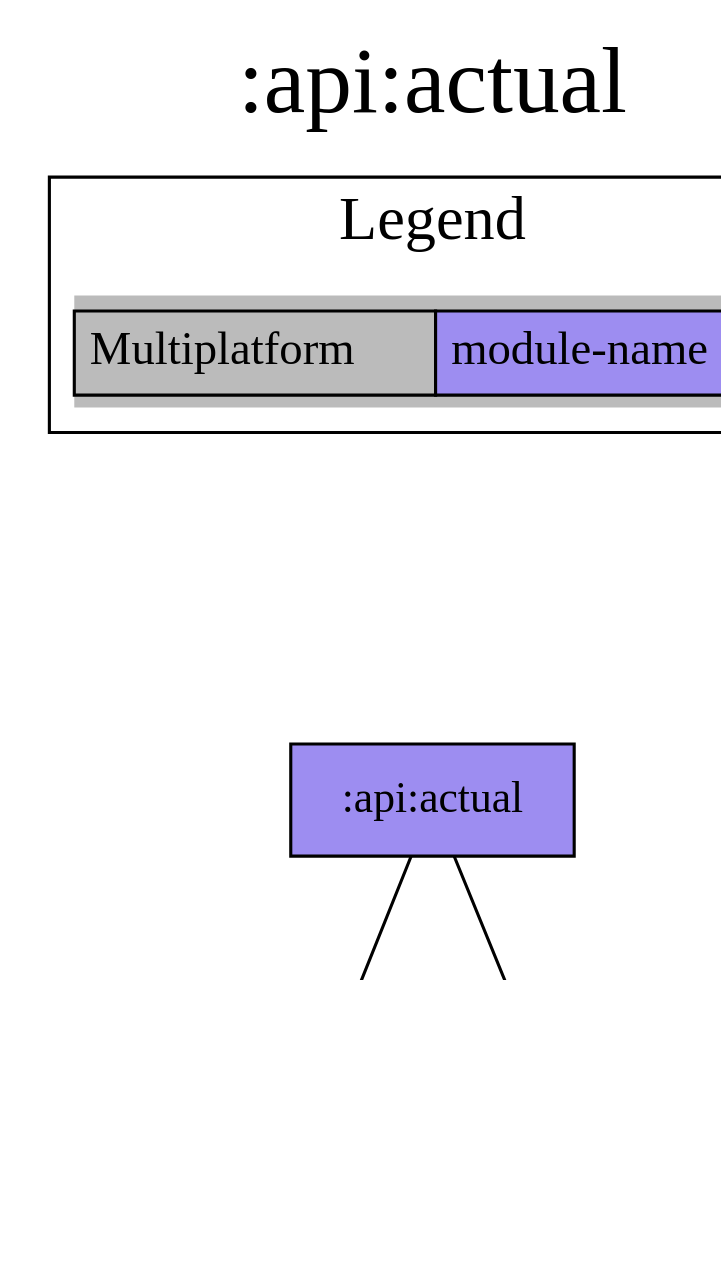
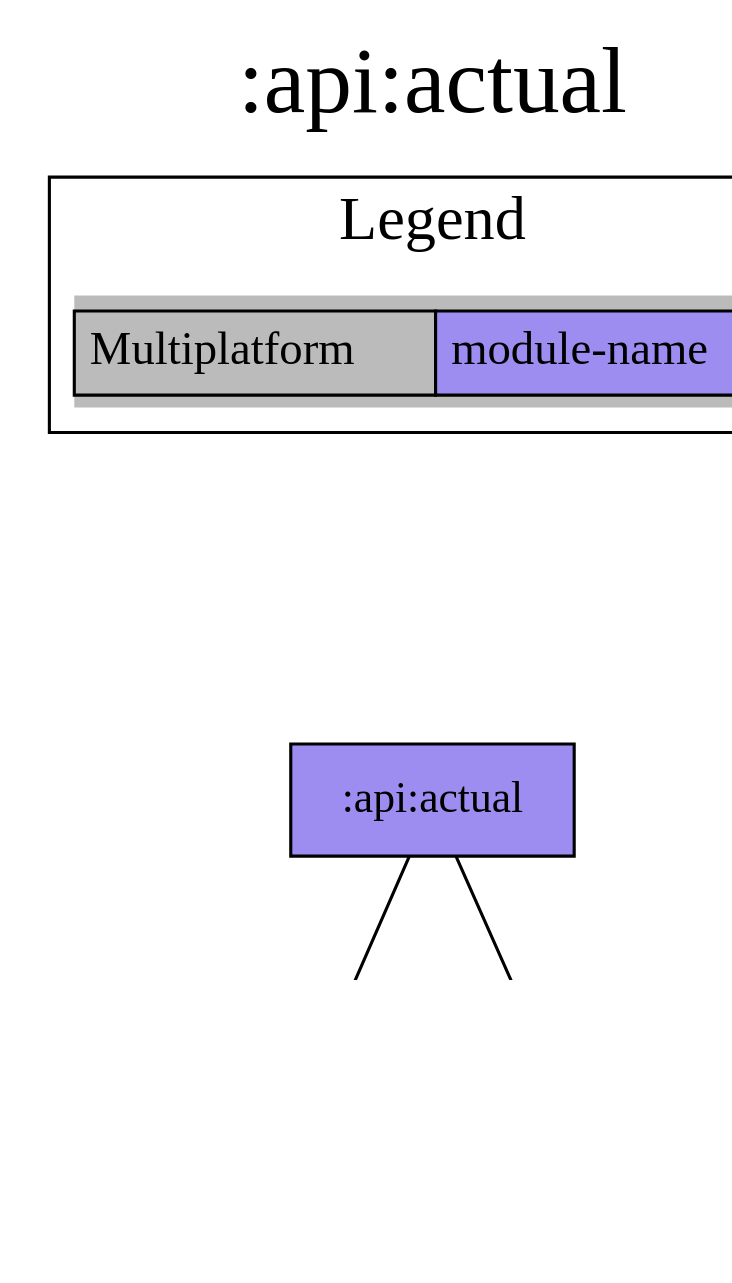
One commit to jonapoul/aktual changed the diagram in modules/api/actual/project-dependency-graph.dot. Above: the diagram before and after it, drawn with Graphviz. The commit also changed 115 other files, not shown here.

Commit message:
login:* -> account:login:*

```diff
--- a/modules/api/actual/project-dependency-graph.dot
+++ b/modules/api/actual/project-dependency-graph.dot
@@ -1,23 +1,23 @@
 digraph {
 edge ["dir"="forward"]
 graph ["dpi"="100","label"=":api:actual","labelloc"="t","fontsize"="30","ranksep"="1.5","rankdir"="TB"]
 node ["style"="filled"]
+":account:model" ["fillcolor"="#9D8DF1","shape"="box"]
 ":api:actual" ["fillcolor"="#9D8DF1","shape"="box"]
-":login:model" ["fillcolor"="#9D8DF1","shape"="box"]
 ":url:model" ["fillcolor"="#9D8DF1","shape"="box"]
 {
 edge ["dir"="none"]
 graph ["rank"="same"]
 }
-":api:actual" -> ":login:model"
+":api:actual" -> ":account:model"
 ":api:actual" -> ":url:model"
 subgraph "cluster_legend" {
 edge ["dir"="none"]
 graph ["label"="Legend","fontsize"="20"]
 "Legend" ["style"="filled","fillcolor"="#bbbbbb","shape"="none","margin"="0","fontsize"="15","label"=<
 <TABLE BORDER="0" CELLBORDER="1" CELLSPACING="0" CELLPADDING="4">
 <TR><TD>Multiplatform</TD><TD BGCOLOR="#9D8DF1">module-name</TD></TR>
 </TABLE>
 >]
 } -> ":api:actual" ["style"="invis"]
 }
```
